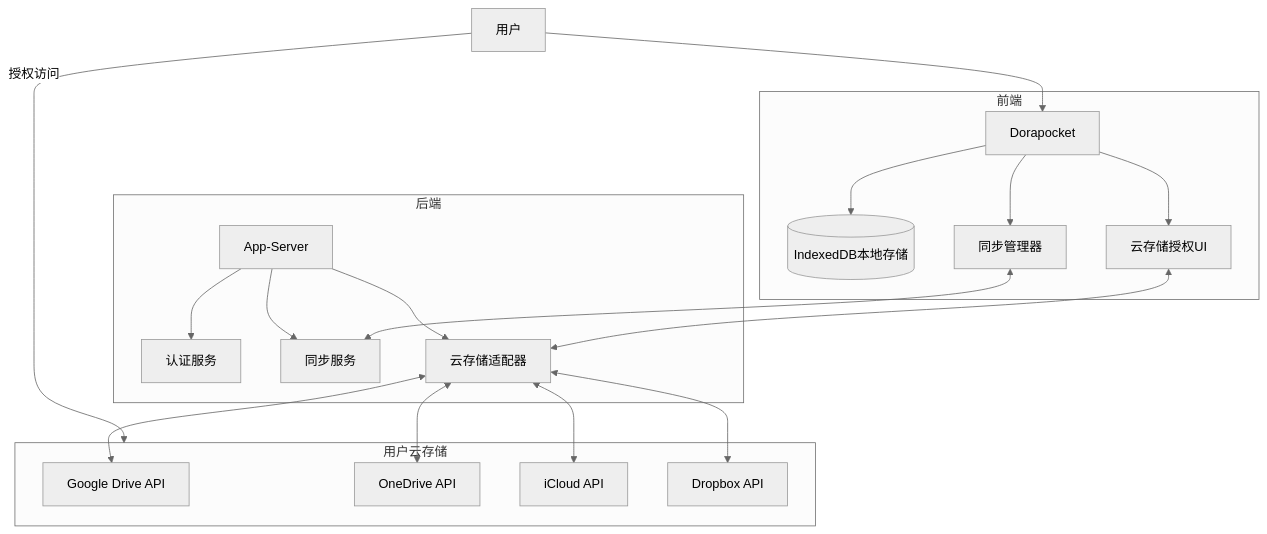
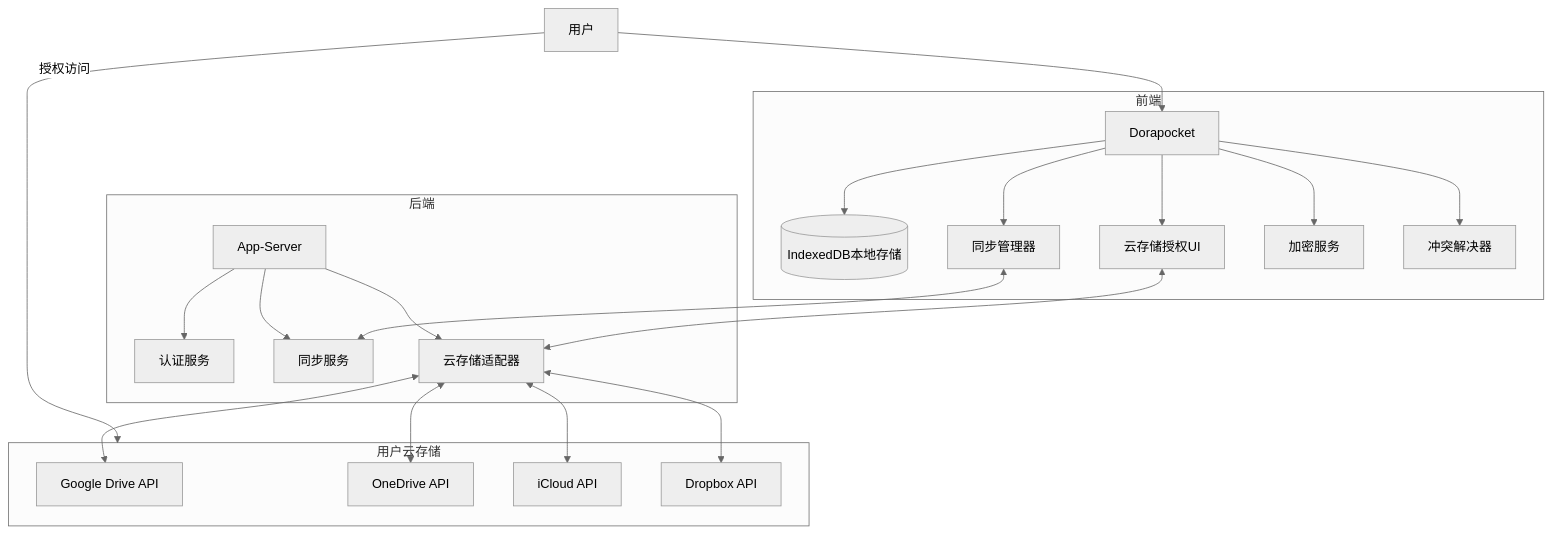
One commit to yingjianzh/iodraw-files changed the diagram in all/未命名-34.md. Above: the diagram before and after it, drawn with Mermaid (neutral theme).

Commit message:
2025-04-17 10:32:31 update

````diff
--- a/all/未命名-34.md
+++ b/all/未命名-34.md
@@ -1,27 +1,29 @@
 ```mermaid
 flowchart TD
     User[用户] --> FrontEnd[Dorapocket]
     
     subgraph 前端
         FrontEnd --> LocalDB[(IndexedDB本地存储)]
         FrontEnd --> SyncManager[同步管理器]
         FrontEnd --> CloudAuthUI[云存储授权UI]
+        FrontEnd --> CryptoService[加密服务]
+        FrontEnd --> ConflictResolver[冲突解决器]
     end
     
     subgraph 后端
         AppServer[App-Server] --> AuthService[认证服务]
         AppServer --> SyncService[同步服务]
         AppServer --> CloudAdapter[云存储适配器]
     end
     
     subgraph 用户云存储
         CloudAdapter <--> GoogleDrive[Google Drive API]
         CloudAdapter <--> OneDrive[OneDrive API]
         CloudAdapter <--> iCloud[iCloud API]
         CloudAdapter <--> Dropbox[Dropbox API]
     end
     
     User -- "授权访问" --> 用户云存储
     SyncManager <--> SyncService
     CloudAuthUI <--> CloudAdapter
 ```
````
